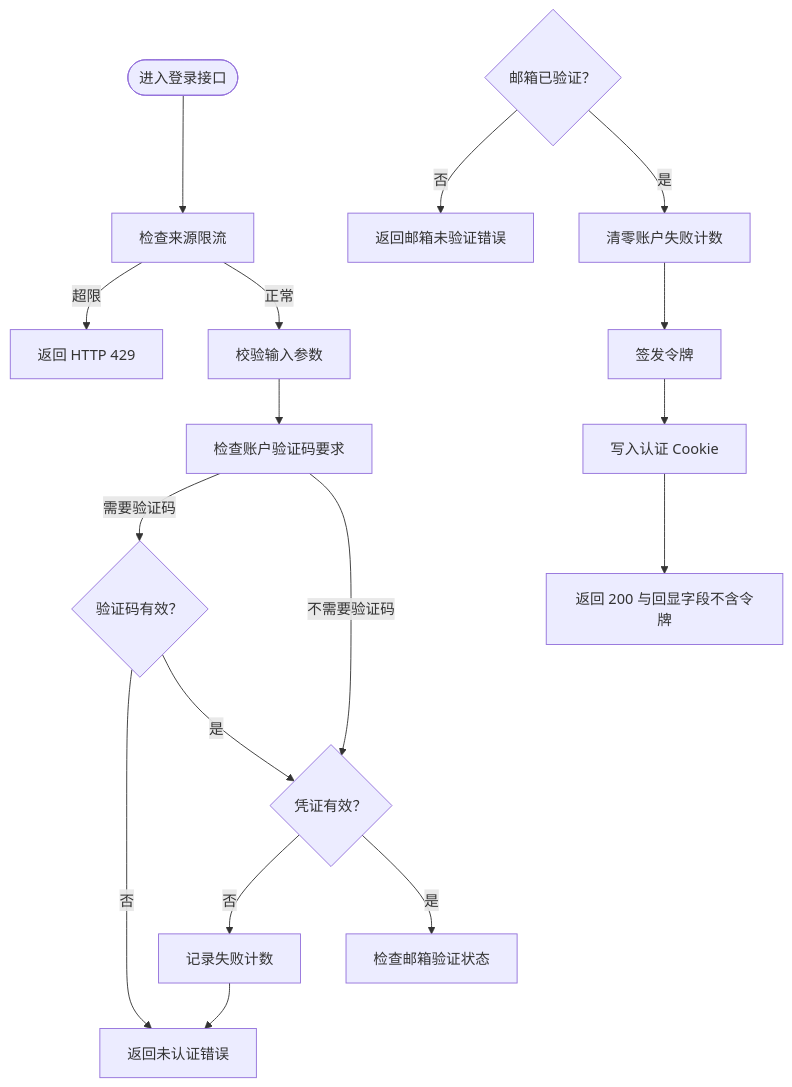
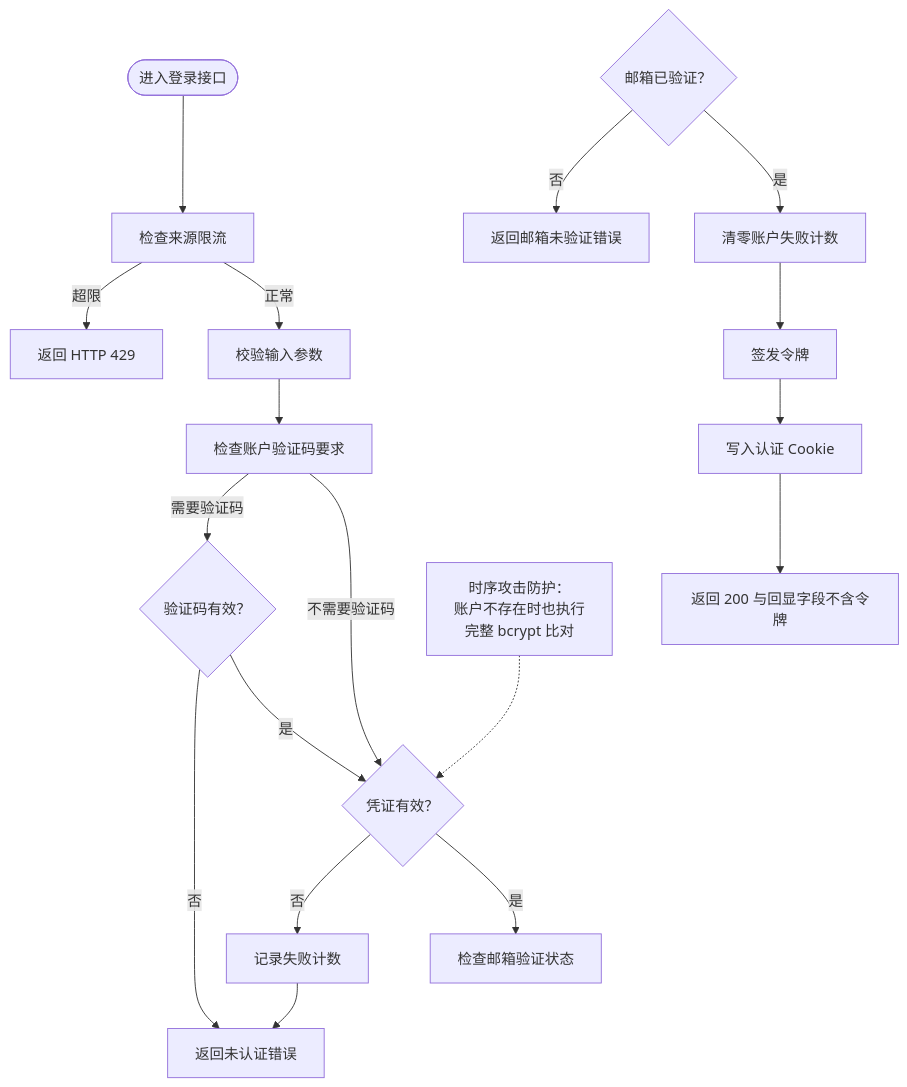
The third of 11 diagrams in .qoder/repowiki/zh/content/后端开发/WanderChain 认证系统.md (luyitiger6/my-first-project), drawn with Mermaid before and after one commit. The commit also changed other lines of this file and 34 other files, not shown here.

````diff
--- a/.qoder/repowiki/zh/content/后端开发/WanderChain 认证系统.md
+++ b/.qoder/repowiki/zh/content/后端开发/WanderChain 认证系统.md
@@ -209,20 +227,21 @@
 ```mermaid
 flowchart TD
 Start(["进入登录接口"]) --> SourceCheck["检查来源限流"]
 SourceCheck --> |超限| Return429["返回 HTTP 429"]
 SourceCheck --> |正常| ValidateInput["校验输入参数"]
 ValidateInput --> AccountCheck["检查账户验证码要求"]
 AccountCheck --> |需要验证码| CheckCaptcha{"验证码有效？"}
 CheckCaptcha --> |否| Return401["返回未认证错误"]
 CheckCaptcha --> |是| CheckCredentials{"凭证有效？"}
 AccountCheck --> |不需要验证码| CheckCredentials
 CheckCredentials --> |否| RecordFailure["记录失败计数"]
 RecordFailure --> Return401
 CheckCredentials --> |是| CheckEmailStatus["检查邮箱验证状态"]
 EmailVerified{"邮箱已验证？"}
 EmailVerified --> |否| Return403["返回邮箱未验证错误"]
 EmailVerified --> |是| ClearFailures["清零账户失败计数"]
 ClearFailures --> IssueToken["签发令牌"]
 IssueToken --> WriteCookie["写入认证 Cookie"]
 WriteCookie --> ReturnOK["返回 200 与回显字段不含令牌"]
+Note1["时序攻击防护：<br/>账户不存在时也执行<br/>完整 bcrypt 比对"] -.-> CheckCredentials
 ```
````
